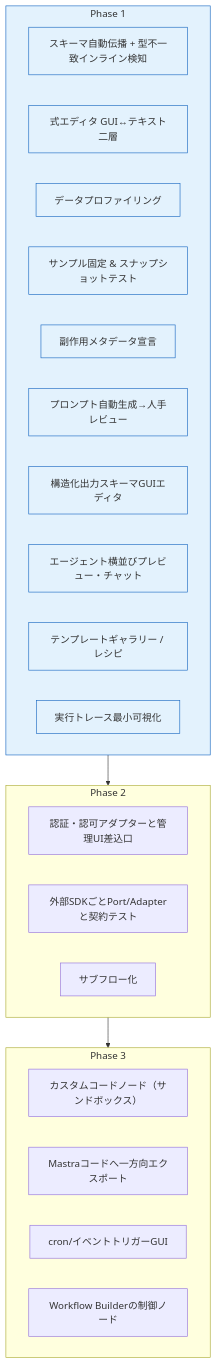
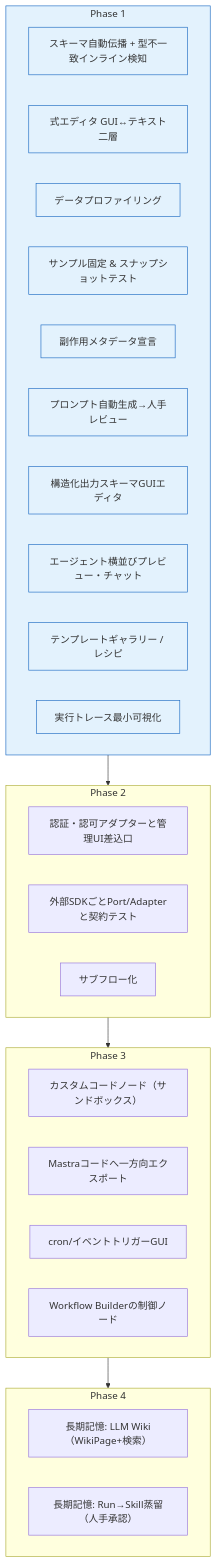
One commit to yy7613/agentblume changed the third of 5 diagrams in docs/09-roadmap.md. Above: the diagram before and after it, drawn with Mermaid. The commit also changed other lines of this file and 6 other files, not shown here.

````diff
--- a/docs/09-roadmap.md
+++ b/docs/09-roadmap.md
@@ -68,32 +69,36 @@
 ```mermaid
 flowchart TB
   subgraph PH1["Phase 1"]
     F1["スキーマ自動伝播 + 型不一致インライン検知"]
     F2["式エディタ GUI↔テキスト二層"]
     F3["データプロファイリング"]
     F4["サンプル固定 & スナップショットテスト"]
     F5["副作用メタデータ宣言"]
     F6["プロンプト自動生成→人手レビュー"]
     F7["構造化出力スキーマGUIエディタ"]
     F8["エージェント横並びプレビュー・チャット"]
     F9["テンプレートギャラリー / レシピ"]
     F10["実行トレース最小可視化"]
   end
   subgraph PH2["Phase 2"]
     F11["認証・認可アダプターと管理UI差込口"]
     F12["外部SDKごとPort/Adapterと契約テスト"]
     F13["サブフロー化"]
   end
   subgraph PH3["Phase 3"]
     F14["カスタムコードノード（サンドボックス）"]
     F15["Mastraコードへ一方向エクスポート"]
     F16["cron/イベントトリガーGUI"]
     F17["Workflow Builderの制御ノード"]
   end
+  subgraph PH4["Phase 4"]
+    F18["長期記憶: LLM Wiki（WikiPage+検索）"]
+    F19["長期記憶: Run→Skill蒸留（人手承認）"]
+  end
 
-  PH1 --> PH2 --> PH3
+  PH1 --> PH2 --> PH3 --> PH4
 
   classDef v1 fill:#e3f2fd,stroke:#1565c0;
   class F1,F2,F3,F4,F5,F6,F7,F8,F9,F10 v1;
   style PH1 fill:#e3f2fd,stroke:#1565c0
 ```
````
